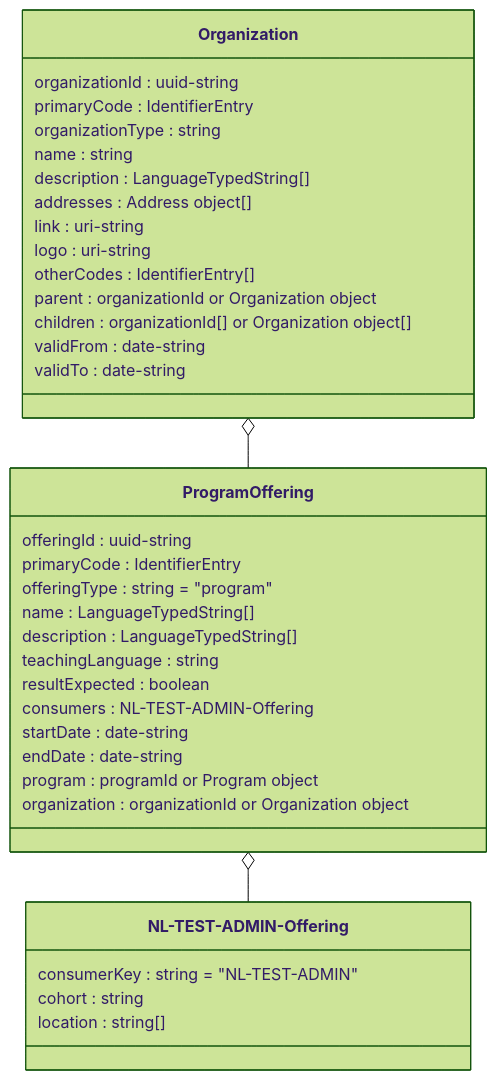
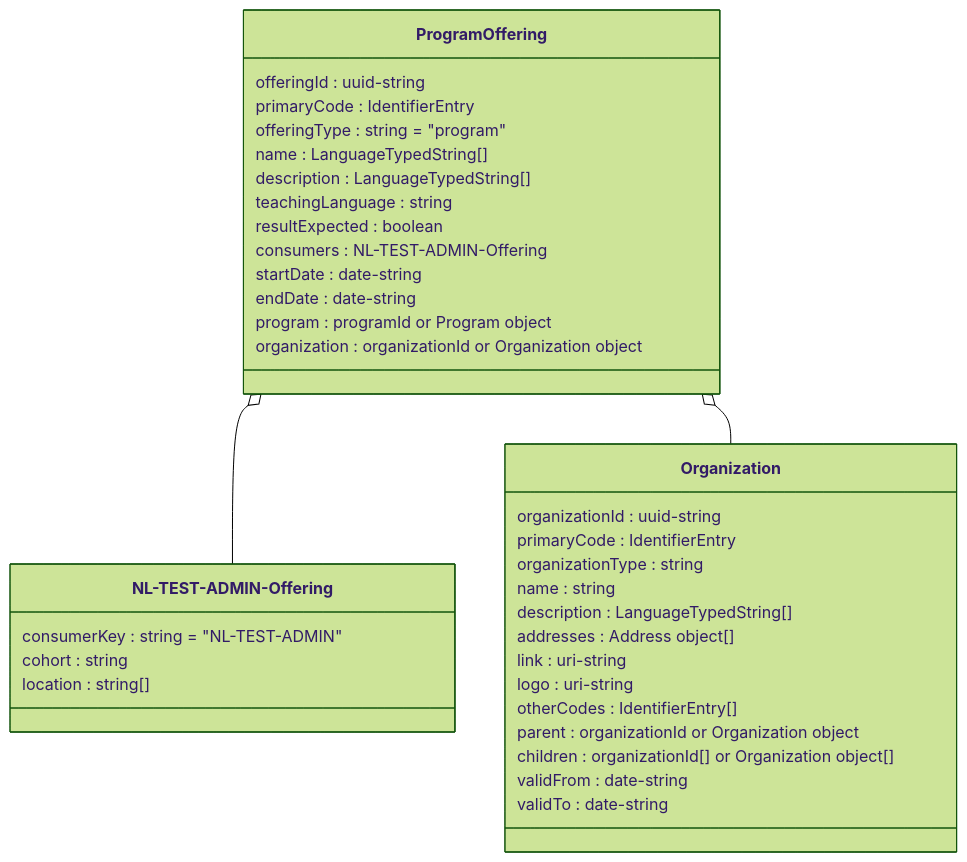
Diagram 13 of 14 in doc/flow1.md (NetwerkExamineringDigitalisering/NED-OOAPI), drawn with Mermaid (forest theme) before and after one commit.

Commit message:
updtae relation

````diff
--- a/doc/flow1.md
+++ b/doc/flow1.md
@@ -649,41 +649,41 @@
 ```mermaid
 	classDiagram
 
     class ProgramOffering {
         offeringId : uuid-string
         primaryCode : IdentifierEntry
         offeringType : string = "program"
         name : LanguageTypedString[]
         description : LanguageTypedString[]
         teachingLanguage : string
         resultExpected : boolean
         consumers : NL-TEST-ADMIN-Offering
         startDate : date-string
         endDate : date-string
         program : programId or Program object
         organization : organizationId or Organization object
     }
     class `NL-TEST-ADMIN-Offering` {
         consumerKey : string = "NL-TEST-ADMIN"
 		cohort : string
 		location : string[]
     }
     class Organization {
         organizationId : uuid-string
         primaryCode : IdentifierEntry
         organizationType : string
         name : string
         description : LanguageTypedString[]
         addresses : Address object[]
         link : uri-string
         logo : uri-string
         otherCodes : IdentifierEntry[]
         parent : organizationId or Organization object
         children : organizationId[] or Organization object[]
         validFrom : date-string
         validTo : date-string
     }
     ProgramOffering o-- `NL-TEST-ADMIN-Offering`
-    Organization o-- ProgramOffering 
+    ProgramOffering o-- Organization 
 
 ```    
````
